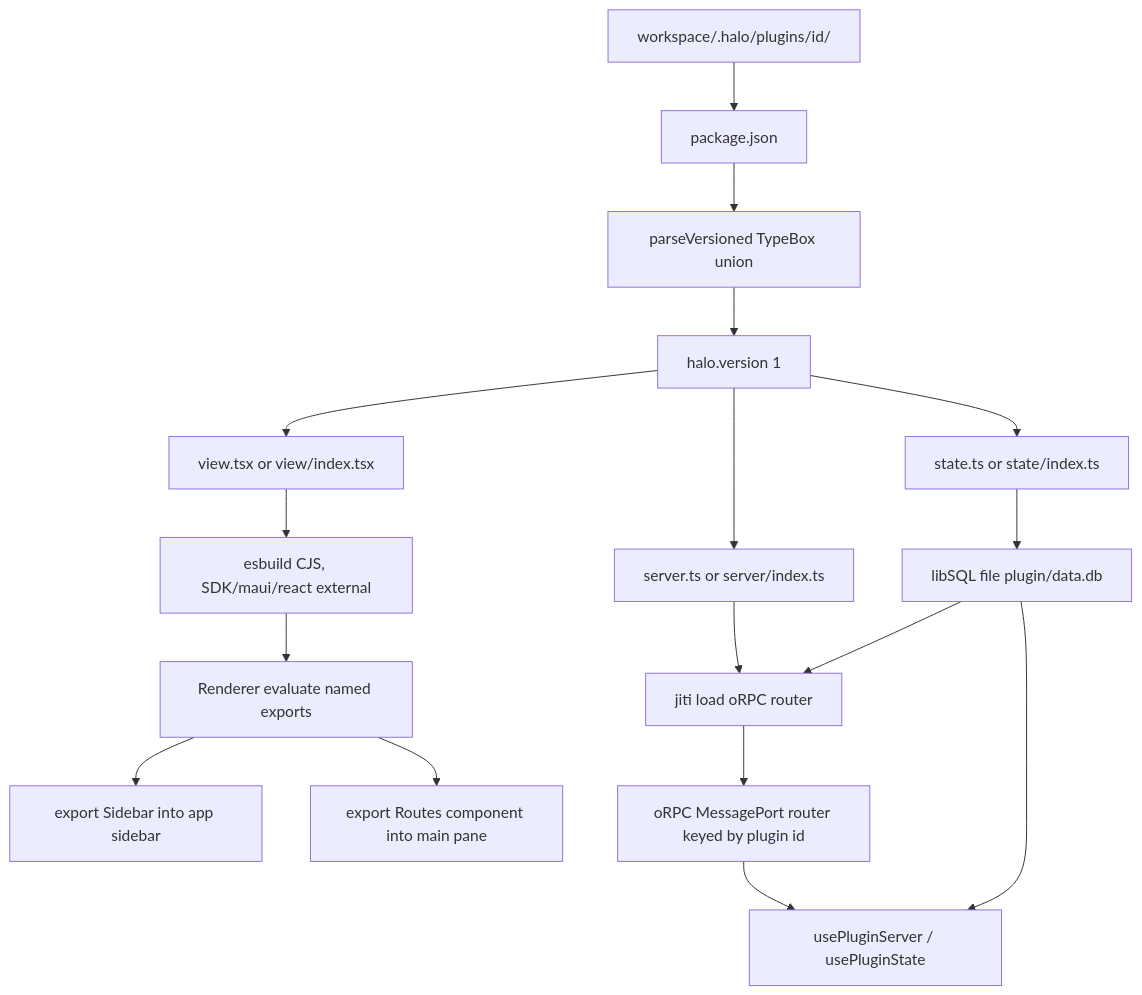
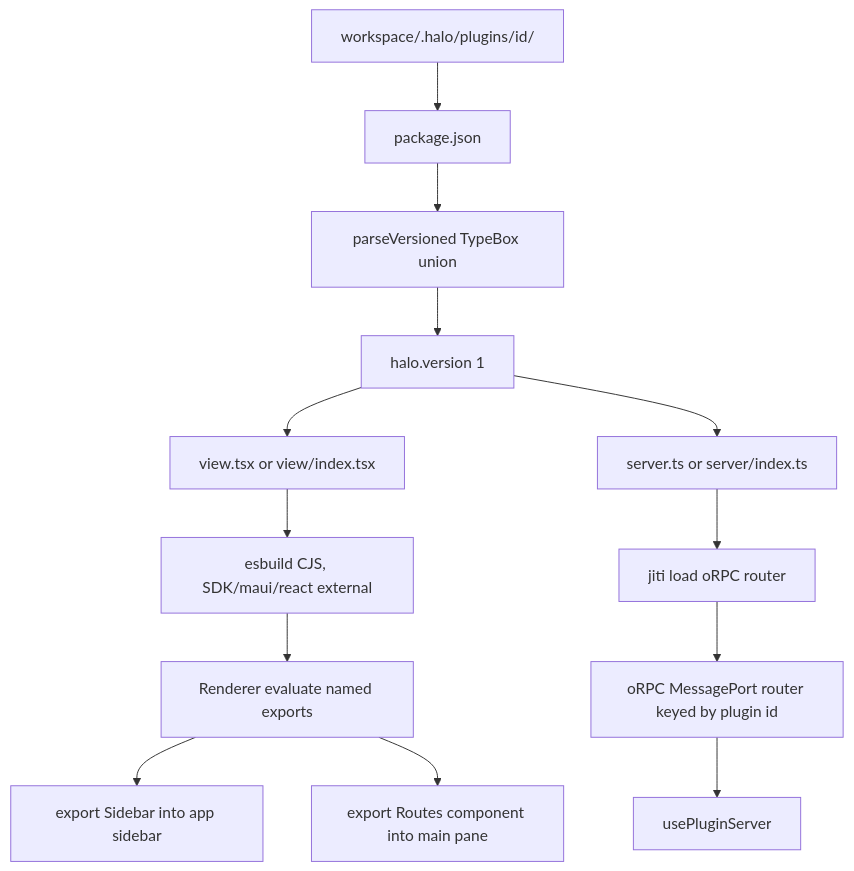
The first of 2 diagrams in specs/plugin-system.md (tanishqkancharla/halo-v2), drawn with Mermaid before and after one commit. The commit also changed other lines of this file, not shown here.

First line of the commit message:
Drop plugin state.ts from the spec.

````diff
--- a/specs/plugin-system.md
+++ b/specs/plugin-system.md
@@ -5,19 +5,15 @@
 ```mermaid
 flowchart TD
     Disk["workspace/.halo/plugins/id/"] --> Json["package.json"]
     Json --> Parse["parseVersioned TypeBox union"]
     Parse --> Manifest["halo.version 1"]
     Manifest --> ViewEntry["view.tsx or view/index.tsx"]
     Manifest --> ServerEntry["server.ts or server/index.ts"]
-    Manifest --> StateEntry["state.ts or state/index.ts"]
-    StateEntry --> Db["libSQL file plugin/data.db"]
     ServerEntry --> Jiti["jiti load oRPC router"]
-    Db --> Jiti
     ViewEntry --> Esbuild["esbuild CJS, SDK/maui/react external"]
     Esbuild --> Eval["Renderer evaluate named exports"]
     Jiti --> Orpc["oRPC MessagePort router keyed by plugin id"]
     Eval --> SidebarSlot["export Sidebar into app sidebar"]
     Eval --> RoutesSlot["export Routes component into main pane"]
-    Orpc --> Hooks["usePluginServer / usePluginState"]
-    Db --> Hooks
+    Orpc --> Hooks["usePluginServer"]
 ```
````
